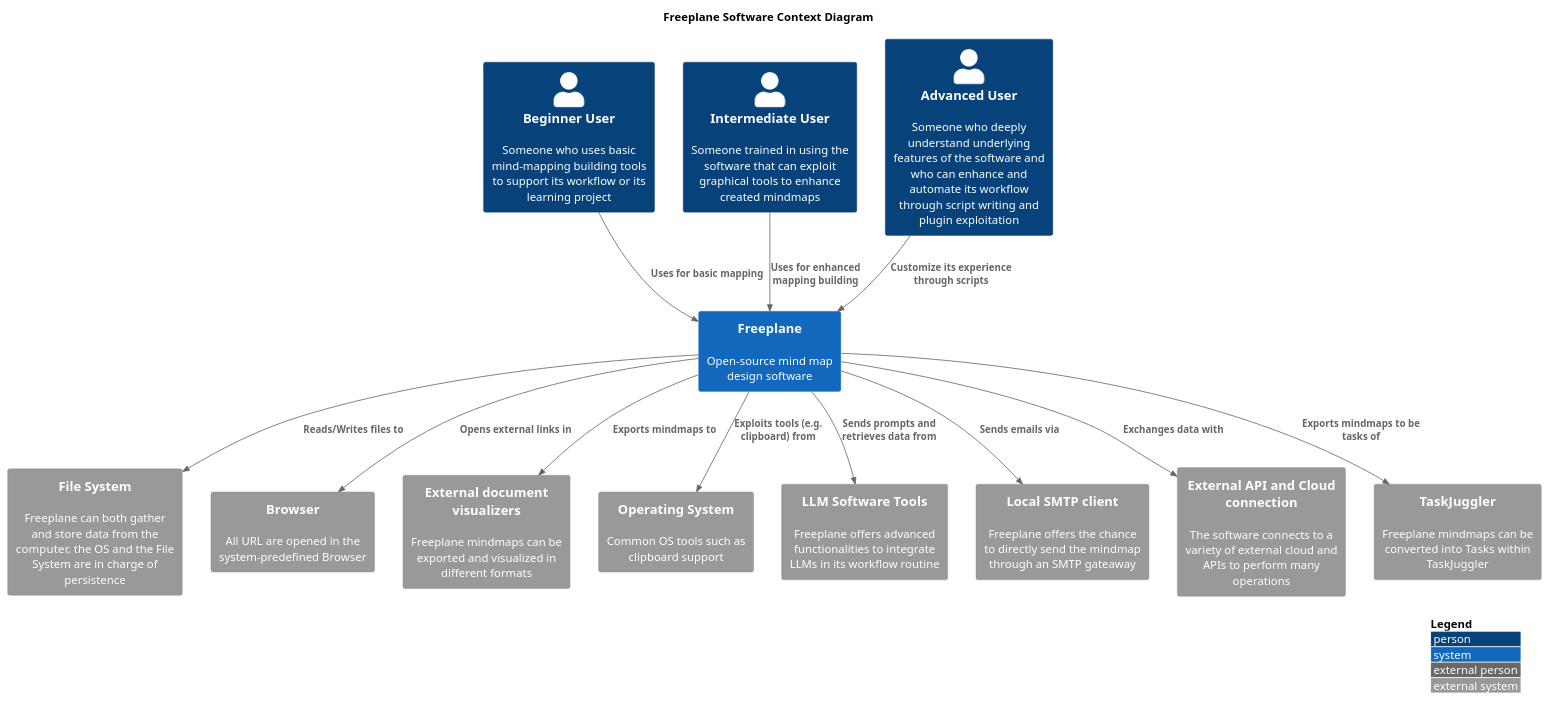
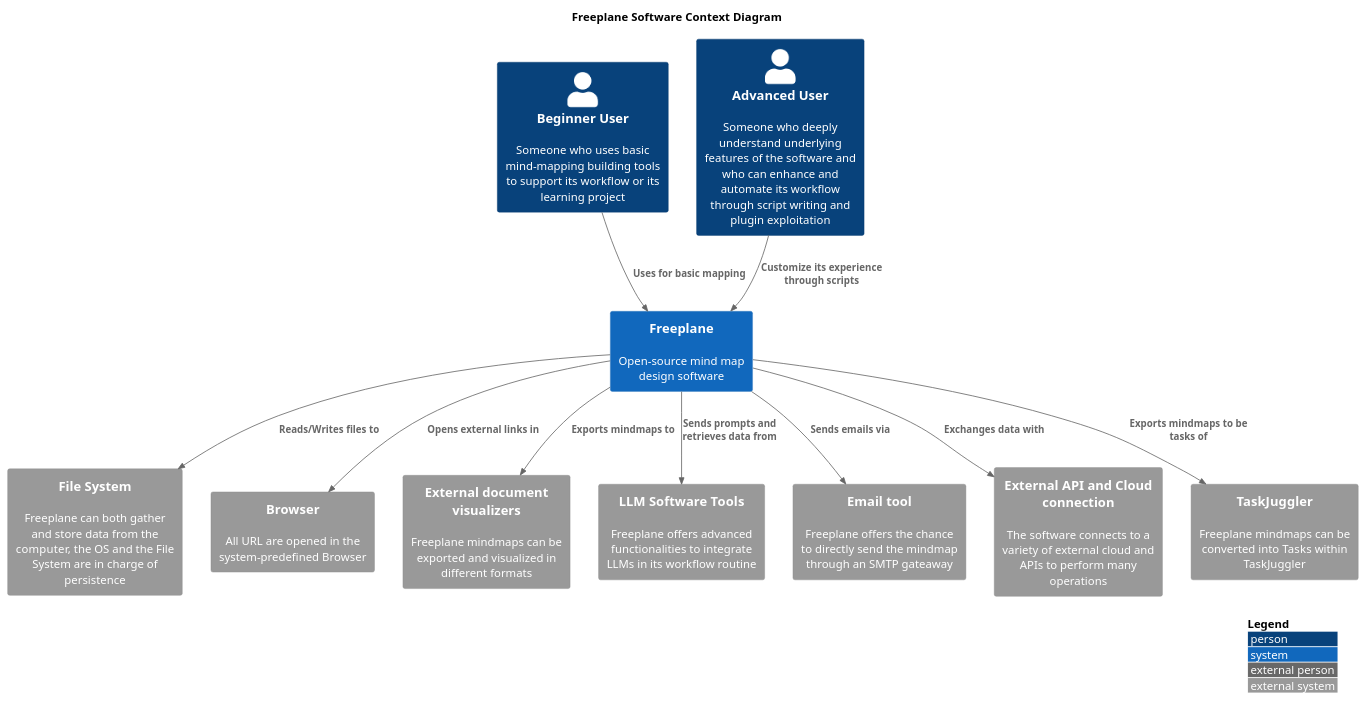
One commit to SWD-ARCH-Group-Team-22/project changed the diagram in doc/charts/puml/context-diagram.puml. Above: the diagram before and after it, drawn with PlantUML. The commit also changed 2 other files, not shown here.

Commit message:
feat: container diagram defined, some refinements in the context diagram

```diff
--- a/doc/charts/puml/context-diagram.puml
+++ b/doc/charts/puml/context-diagram.puml
@@ -1,39 +1,35 @@
 @startuml Freeplane C4 Context Diagram
 !include https://raw.githubusercontent.com/plantuml-stdlib/C4-PlantUML/master/C4_Context.puml
 
 title Freeplane Software Context Diagram
 
 Person(beginner, "Beginner User", "Someone who uses basic mind-mapping building tools to support its workflow or its learning project")
-Person(intermediate, "Intermediate User", "Someone trained in using the software that can exploit graphical tools to enhance created mindmaps")
 Person(advanced, "Advanced User", "Someone who deeply understand underlying features of the software and who can enhance and automate its workflow through script writing and plugin exploitation")
 
 System(freeplane, "Freeplane", "Open-source mind map design software")
 
 System_Ext(fs, "File System", "Freeplane can both gather and store data from the computer, the OS and the File System are in charge of persistence")
 System_Ext(browser, "Browser", "All URL are opened in the system-predefined Browser")
 System_Ext(visualizers, "External document visualizers", "Freeplane mindmaps can be exported and visualized in different formats")
-System_Ext(os, "Operating System", "Common OS tools such as clipboard support")
 System_Ext(llm, "LLM Software Tools", "Freeplane offers advanced functionalities to integrate LLMs in its workflow routine")
-System_Ext(smtp, "Local SMTP client", "Freeplane offers the chance to directly send the mindmap through an SMTP gateaway")
+System_Ext(smtp, "Email tool", "Freeplane offers the chance to directly send the mindmap through an SMTP gateaway")
 System_Ext(cloud_api, "External API and Cloud connection", "The software connects to a variety of external cloud and APIs to perform many operations")
 System_Ext(taskjuggler, "TaskJuggler", "Freeplane mindmaps can be converted into Tasks within TaskJuggler")
 
 
 
 Rel(beginner, freeplane, "Uses for basic mapping")
-Rel(intermediate, freeplane, "Uses for enhanced mapping building")
 Rel(advanced, freeplane, "Customize its experience through scripts")
 
 Rel(freeplane, fs, "Reads/Writes files to")
 Rel(freeplane, browser, "Opens external links in")
 Rel(freeplane, visualizers, "Exports mindmaps to")
-Rel(freeplane, os, "Exploits tools (e.g. clipboard) from")
 Rel(freeplane, llm, "Sends prompts and retrieves data from")
 Rel(freeplane, smtp, "Sends emails via")
 Rel(freeplane, cloud_api, "Exchanges data with")
 Rel(freeplane, taskjuggler, "Exports mindmaps to be tasks of")
 
 
 LAYOUT_WITH_LEGEND()
 
 @enduml
```
